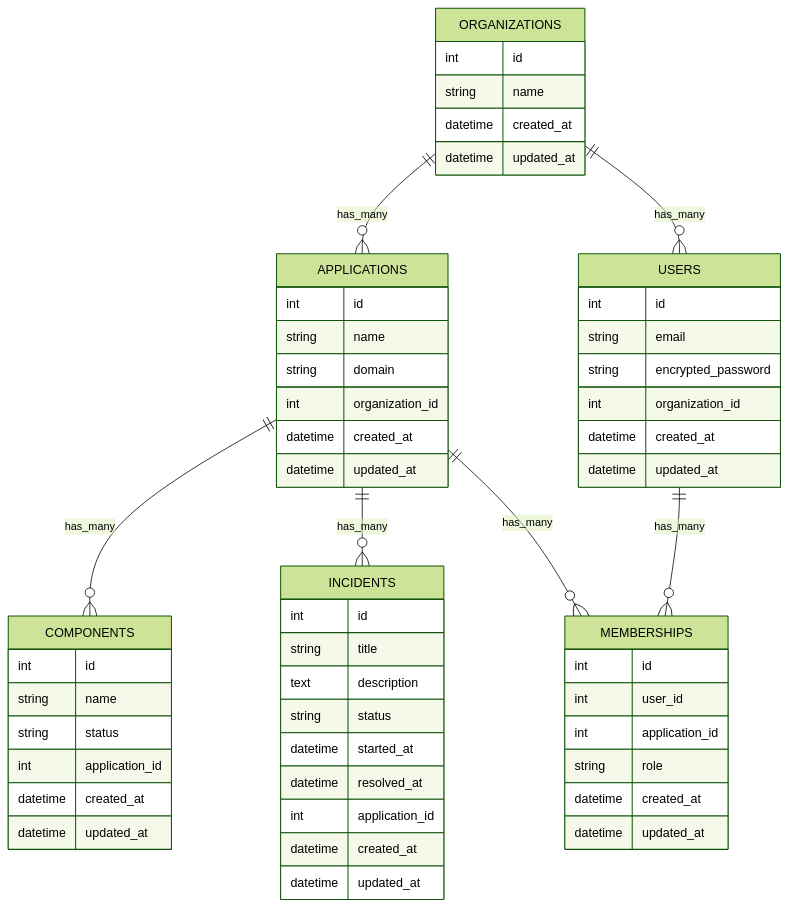
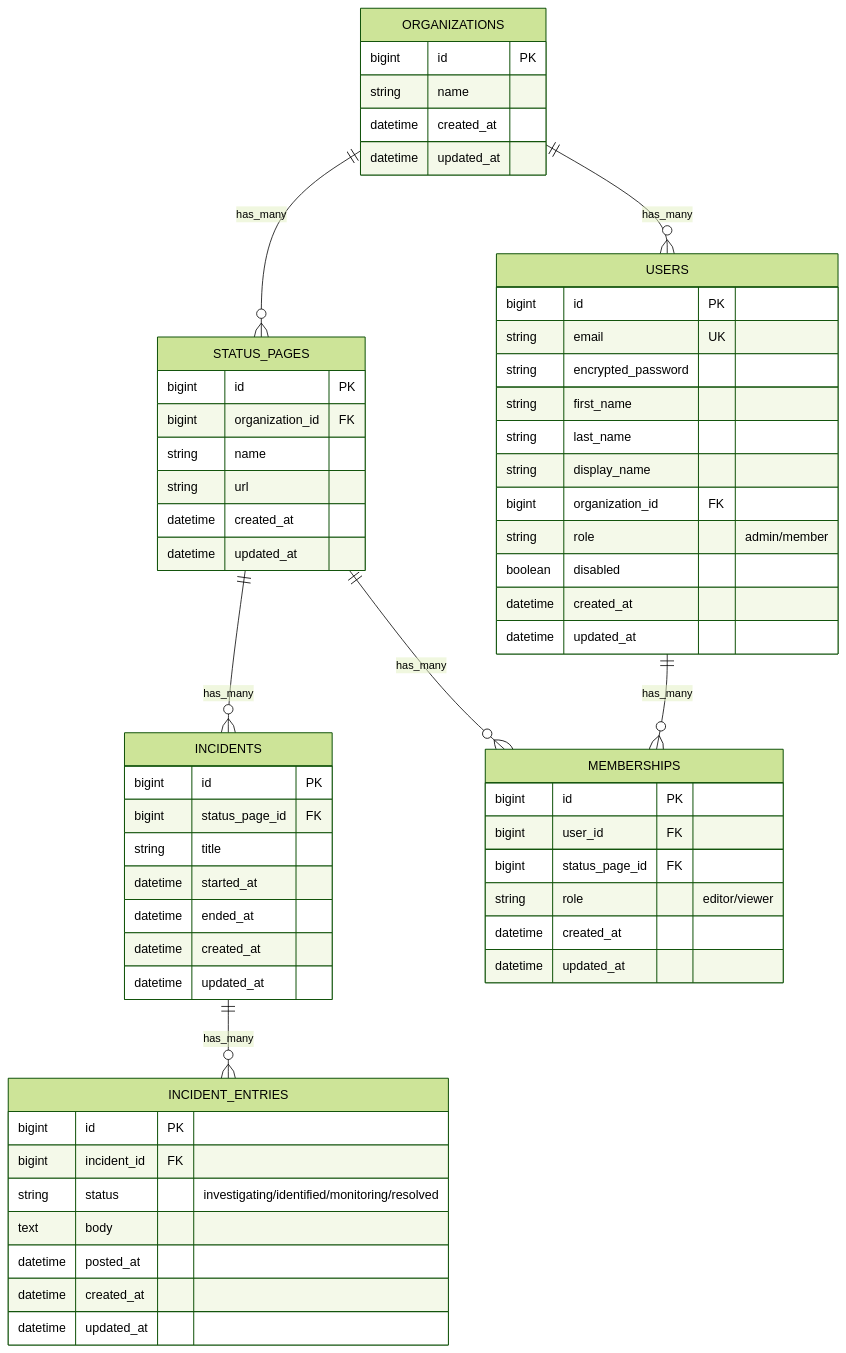
Before and after one commit to phrase-llc/solid-status: the diagram in README.md, drawn with Mermaid (forest theme). The commit also changed other lines of this file, not shown here.

First line of the commit message:
docs: update README with accurate ER diagram and project info

````diff
--- a/README.md
+++ b/README.md
@@ -26,67 +46,71 @@
 ```mermaid
 erDiagram
-  ORGANIZATIONS ||--o{ APPLICATIONS : has_many
   ORGANIZATIONS ||--o{ USERS : has_many
+  ORGANIZATIONS ||--o{ STATUS_PAGES : has_many
 
-  APPLICATIONS ||--o{ COMPONENTS : has_many
-  APPLICATIONS ||--o{ INCIDENTS : has_many
-  APPLICATIONS ||--o{ MEMBERSHIPS : has_many
+  STATUS_PAGES ||--o{ INCIDENTS : has_many
+  STATUS_PAGES ||--o{ MEMBERSHIPS : has_many
+
+  INCIDENTS ||--o{ INCIDENT_ENTRIES : has_many
 
   USERS ||--o{ MEMBERSHIPS : has_many
 
   ORGANIZATIONS {
-    int id
+    bigint id PK
     string name
     datetime created_at
     datetime updated_at
   }
 
   USERS {
-    int id
-    string email
+    bigint id PK
+    string email UK
     string encrypted_password
-    int organization_id
+    string first_name
+    string last_name
+    string display_name
+    bigint organization_id FK
+    string role "admin/member"
+    boolean disabled
     datetime created_at
     datetime updated_at
   }
 
-  APPLICATIONS {
-    int id
+  STATUS_PAGES {
+    bigint id PK
+    bigint organization_id FK
     string name
-    string domain
-    int organization_id
-    datetime created_at
-    datetime updated_at
-  }
-
-  COMPONENTS {
-    int id
-    string name
-    string status
-    int application_id
+    string url
     datetime created_at
     datetime updated_at
   }
 
   INCIDENTS {
-    int id
+    bigint id PK
+    bigint status_page_id FK
     string title
-    text description
-    string status
     datetime started_at
-    datetime resolved_at
-    int application_id
+    datetime ended_at
+    datetime created_at
+    datetime updated_at
+  }
+
+  INCIDENT_ENTRIES {
+    bigint id PK
+    bigint incident_id FK
+    string status "investigating/identified/monitoring/resolved"
+    text body
+    datetime posted_at
     datetime created_at
     datetime updated_at
   }
 
   MEMBERSHIPS {
-    int id
-    int user_id
-    int application_id
-    string role
+    bigint id PK
+    bigint user_id FK
+    bigint status_page_id FK
+    string role "editor/viewer"
     datetime created_at
     datetime updated_at
   }
-
 ```
````
